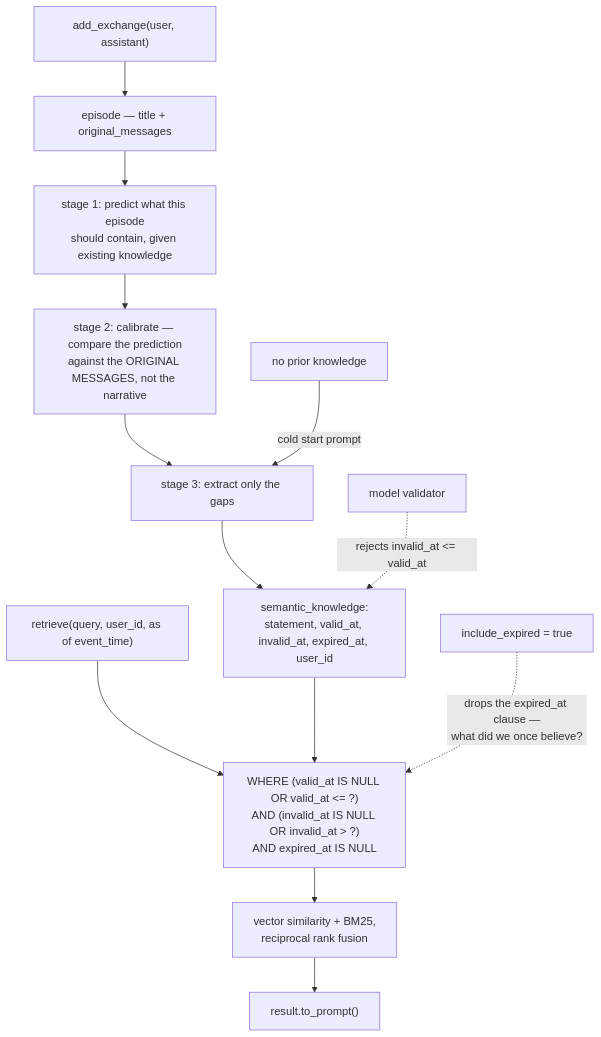
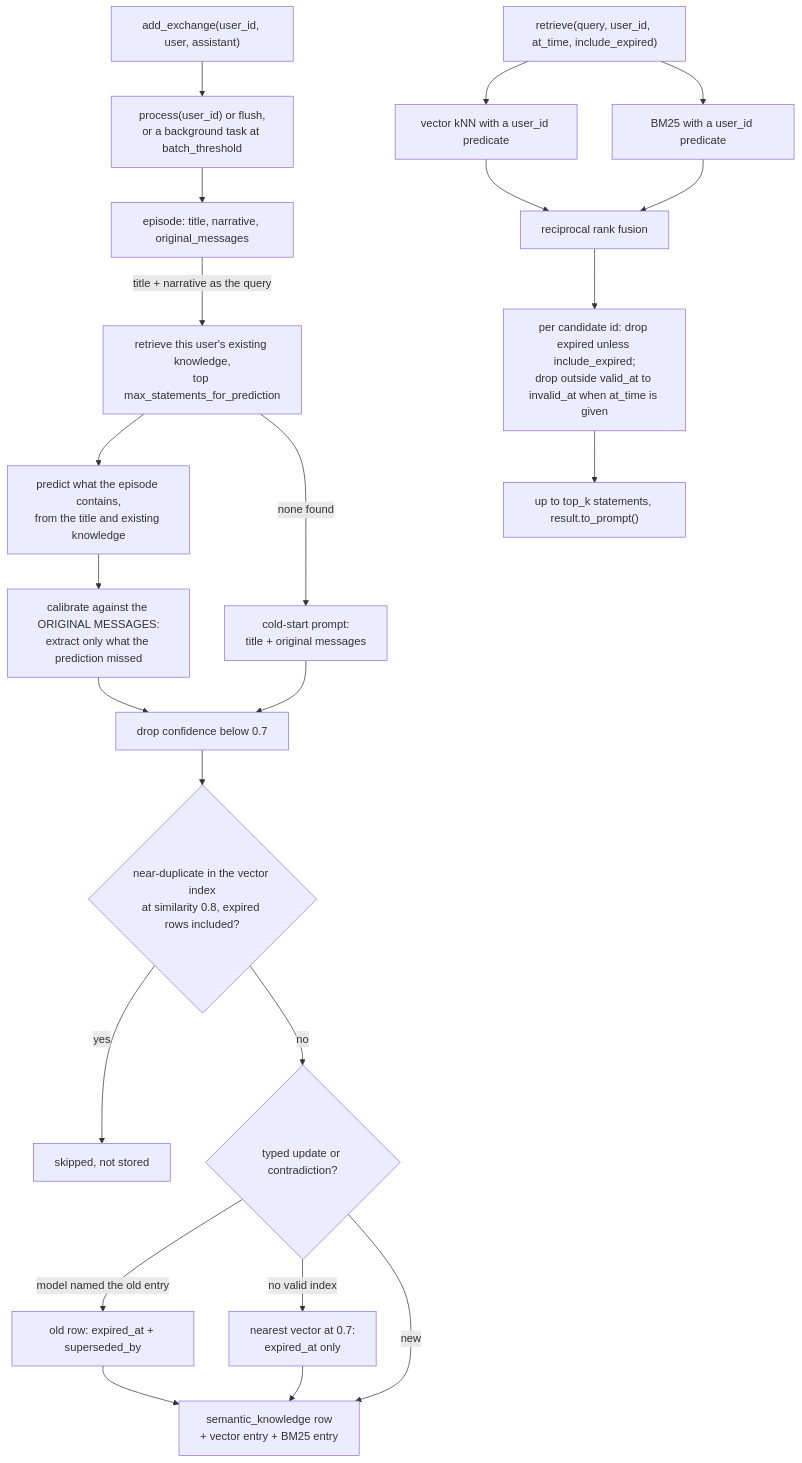
Before and after one commit to neoneye/agent-memory-atlas: the diagram in content/systems/memv.md, drawn with Mermaid. The commit also changed other lines of this file and 23 other files, not shown here.

````diff
--- a/content/systems/memv.md
+++ b/content/systems/memv.md
@@ -84,16 +99,26 @@
 ```mermaid
-%% caption: extraction predicts what the episode should contain, calibrates the prediction against the original messages rather than its own narrative, and stores only the gaps
+%% caption: the write path predicts from the episode title, calibrates against the original messages, gates on confidence and near-duplicates, then supersedes; the read path filters by user inside each index and by time after fusion
 flowchart TD
-    EX["add_exchange(user, assistant)"] --> EP["episode — title + original_messages"]
-    EP --> P["stage 1: predict what this episode<br/>should contain, given existing knowledge"]
-    P --> C["stage 2: calibrate — compare the prediction<br/>against the ORIGINAL MESSAGES, not the narrative"]
-    C --> G["stage 3: extract only the gaps"]
-    G --> K["semantic_knowledge:<br/>statement, valid_at, invalid_at, expired_at, user_id"]
-    CS["no prior knowledge"] -->|"cold start prompt"| G
-    Q["retrieve(query, user_id, as of event_time)"] --> F["WHERE (valid_at IS NULL OR valid_at &lt;= ?)<br/>AND (invalid_at IS NULL OR invalid_at &gt; ?)<br/>AND expired_at IS NULL"]
-    K --> F
-    F --> H["vector similarity + BM25,<br/>reciprocal rank fusion"]
-    H --> R["result.to_prompt()"]
-    IE["include_expired = true"] -.->|"drops the expired_at clause —<br/>what did we once believe?"| F
-    V["model validator"] -.->|"rejects invalid_at &lt;= valid_at"| K
+    EX["add_exchange(user_id, user, assistant)"] --> PR["process(user_id) or flush,<br/>or a background task at batch_threshold"]
+    PR --> EP["episode: title, narrative, original_messages"]
+    EP -->|"title + narrative as the query"| EK["retrieve this user's existing knowledge,<br/>top max_statements_for_prediction"]
+    EK --> P["predict what the episode contains,<br/>from the title and existing knowledge"]
+    EK -->|"none found"| CS["cold-start prompt:<br/>title + original messages"]
+    P --> C["calibrate against the ORIGINAL MESSAGES:<br/>extract only what the prediction missed"]
+    C --> G["drop confidence below 0.7"]
+    CS --> G
+    G --> D{"near-duplicate in the vector index<br/>at similarity 0.8, expired rows included?"}
+    D -->|"yes"| X["skipped, not stored"]
+    D -->|"no"| S{"typed update or contradiction?"}
+    S -->|"model named the old entry"| IW["old row: expired_at + superseded_by"]
+    S -->|"no valid index"| VF["nearest vector at 0.7:<br/>expired_at only"]
+    S -->|"new"| K["semantic_knowledge row<br/>+ vector entry + BM25 entry"]
+    IW --> K
+    VF --> K
+    Q["retrieve(query, user_id, at_time, include_expired)"] --> V["vector kNN with a user_id predicate"]
+    Q --> T["BM25 with a user_id predicate"]
+    V --> F["reciprocal rank fusion"]
+    T --> F
+    F --> TF["per candidate id: drop expired unless include_expired;<br/>drop outside valid_at to invalid_at when at_time is given"]
+    TF --> R["up to top_k statements, result.to_prompt()"]
 ```
````
